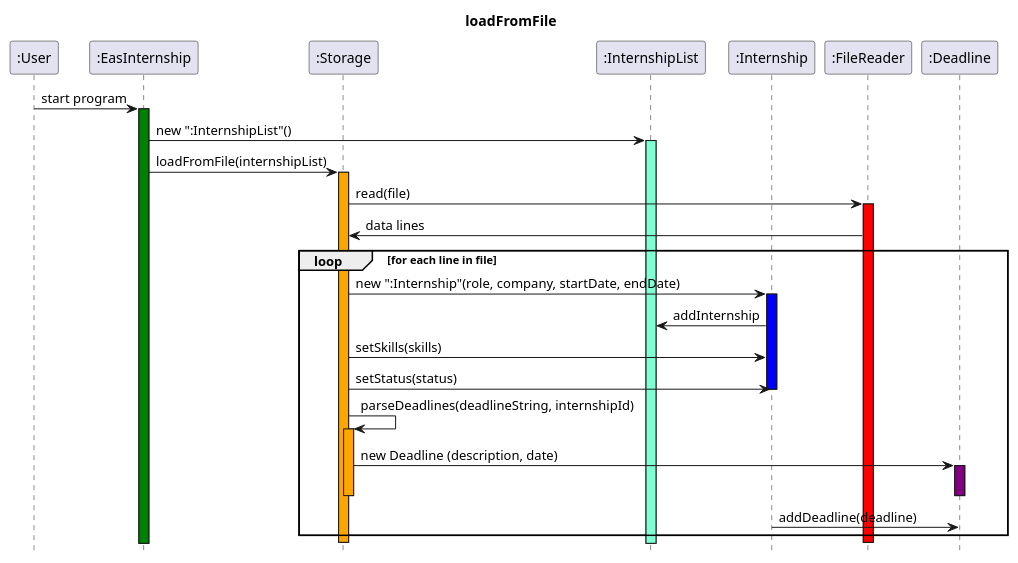
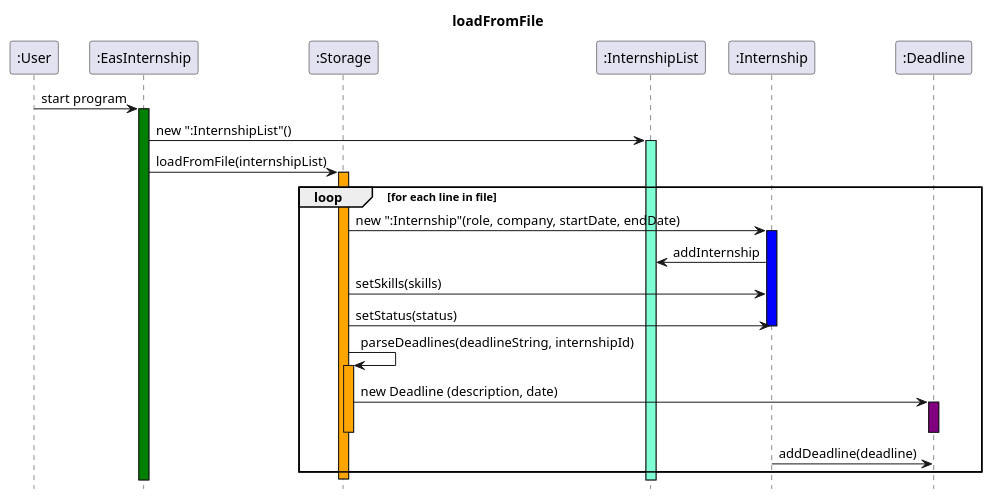
Before and after one commit to nus-cs2113-AY2425S1/tp: the diagram in docs/UML/loadFromFile.puml, drawn with PlantUML. The commit also changed 2 other files, not shown here.

```diff
--- a/docs/UML/loadFromFile.puml
+++ b/docs/UML/loadFromFile.puml
@@ -1,41 +1,36 @@
 @startuml
 Title loadFromFile
 hide footbox
 participant ":User"
 participant ":EasInternship"
 participant ":Storage"
 participant ":InternshipList"
 participant ":Internship"
-participant ":FileReader"
 
 ":User"->":EasInternship": start program
 activate ":EasInternship" #green
 ":EasInternship"->":InternshipList": new ":InternshipList"()
 activate ":InternshipList" #aquamarine
 ":EasInternship"->":Storage": loadFromFile(internshipList)
 activate ":Storage" #orange
-":Storage"->":FileReader" :read(file)
-activate ":FileReader" #red
-":FileReader"-> ":Storage": data lines
 
 loop for each line in file
     ":Storage"-> ":Internship" : new ":Internship"(role, company, startDate, endDate)
     activate ":Internship" #blue
     ":Internship"->":InternshipList": addInternship
     ":Storage" -> ":Internship" :setSkills(skills)
     ":Storage" -> ":Internship" : setStatus(status)
     deactivate ":Internship"
 
     ":Storage" -> ":Storage": parseDeadlines(deadlineString, internshipId)
         activate ":Storage" #orange
 
         ":Storage" -> ":Deadline": new Deadline (description, date)
         activate ":Deadline" #purple
         deactivate ":Deadline"
         deactivate ":Storage"
 
         ":Internship" -> ":Deadline" : addDeadline(deadline)
 end
-deactivate ":FileReader"
 deactivate ":Storage"
 @enduml
```
